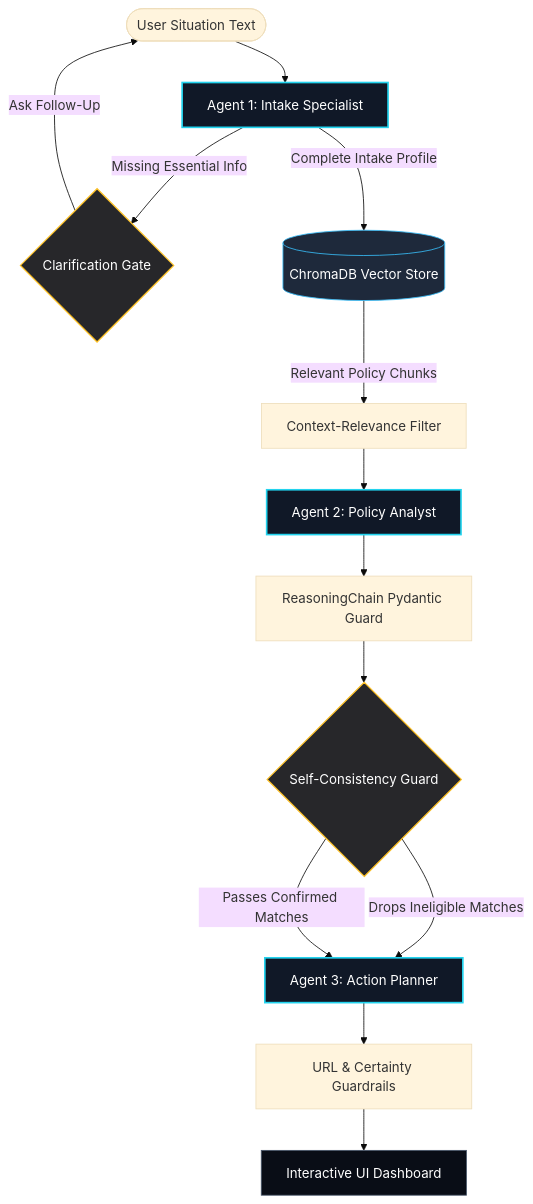
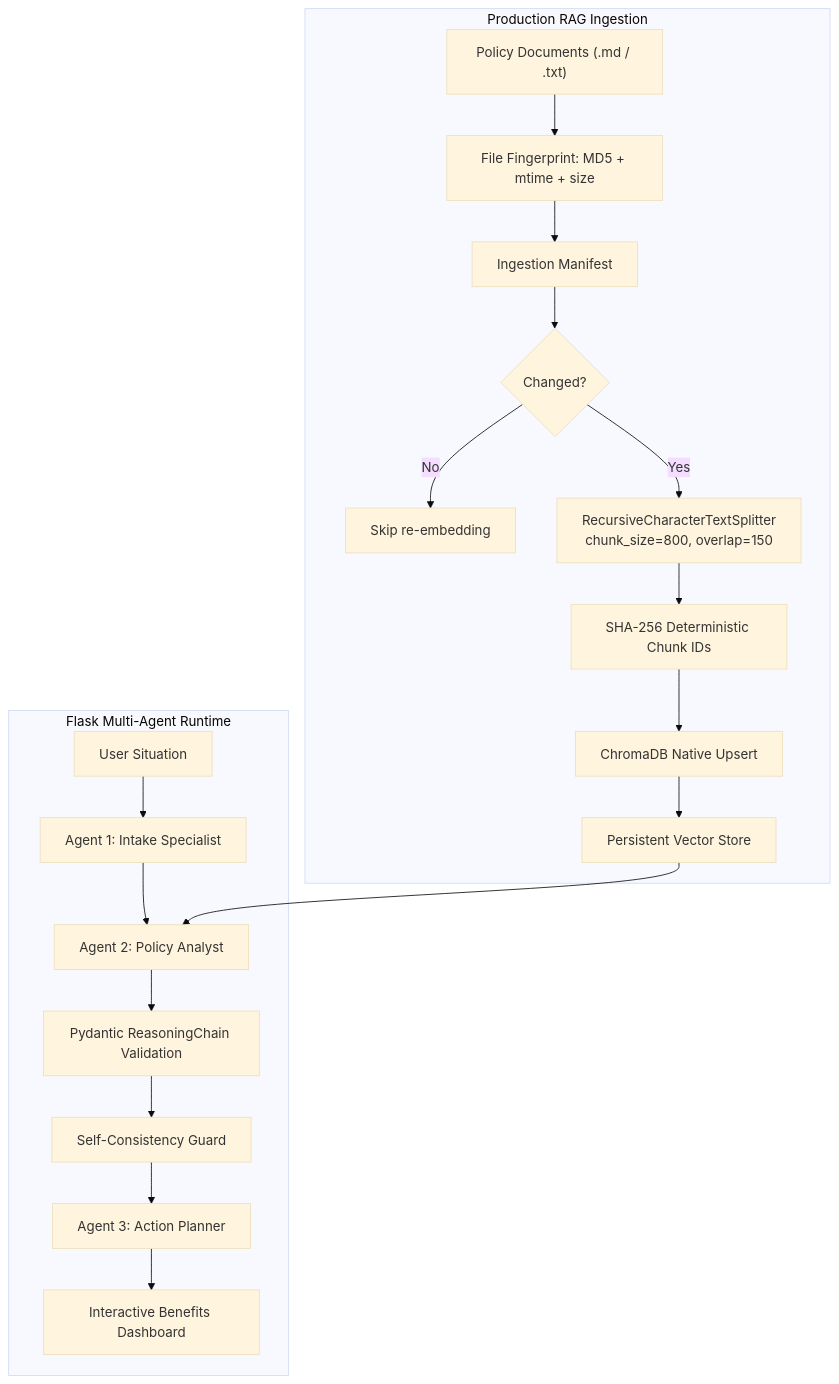
Before and after one commit to moaaz9222/CivicEase: the diagram in README.md, drawn with Mermaid (base theme). The commit also changed other lines of this file and 6 other files, not shown here.

Commit message:
Implement Production-Grade RAG: Incremental sync, Background ingestion, and SHA-256 ID logic

````diff
--- a/README.md
+++ b/README.md
@@ -26,26 +22,23 @@
 ```mermaid
 graph TD
-    %% Styling
-    classDef agent fill:#101827,stroke:#22D3EE,stroke-width:2px,color:#fff;
-    classDef db fill:#1e293b,stroke:#38bdf8,stroke-width:1px,color:#fff;
-    classDef gate fill:#27272a,stroke:#fbbf24,stroke-width:1.5px,color:#fff;
-    classDef ui fill:#090d16,stroke:#475569,stroke-width:1px,color:#fff;
+    subgraph Ingestion["Production RAG Ingestion"]
+        A["Policy Documents (.md / .txt)"] --> B["File Fingerprint: MD5 + mtime + size"]
+        B --> C["Ingestion Manifest"]
+        C --> D{"Changed?"}
+        D -->|"No"| E["Skip re-embedding"]
+        D -->|"Yes"| F["RecursiveCharacterTextSplitter<br/>chunk_size=800, overlap=150"]
+        F --> G["SHA-256 Deterministic Chunk IDs"]
+        G --> H["ChromaDB Native Upsert"]
+        H --> I["Persistent Vector Store"]
+    end
 
-    User([User Situation Text]) --> A[Agent 1: Intake Specialist]:::agent
-    
-    A -->|Missing Essential Info| B{Clarification Gate}:::gate
-    B -->|Ask Follow-Up| User
-    
-    A -->|Complete Intake Profile| C[(ChromaDB Vector Store)]:::db
-    C -->|Relevant Policy Chunks| D[Context-Relevance Filter]
-    
-    D --> E[Agent 2: Policy Analyst]:::agent
-    E --> F[ReasoningChain Pydantic Guard]
-    F --> G{Self-Consistency Guard}:::gate
-    
-    G -->|Drops Ineligible Matches| H[Agent 3: Action Planner]:::agent
-    G -->|Passes Confirmed Matches| H
-    
-    H --> I[URL & Certainty Guardrails]
-    I --> Output[Interactive UI Dashboard]:::ui
+    subgraph Runtime["Flask Multi-Agent Runtime"]
+        U["User Situation"] --> J["Agent 1: Intake Specialist"]
+        J --> K["Agent 2: Policy Analyst"]
+        I --> K
+        K --> L["Pydantic ReasoningChain Validation"]
+        L --> M["Self-Consistency Guard"]
+        M --> N["Agent 3: Action Planner"]
+        N --> O["Interactive Benefits Dashboard"]
+    end
 ```
````
